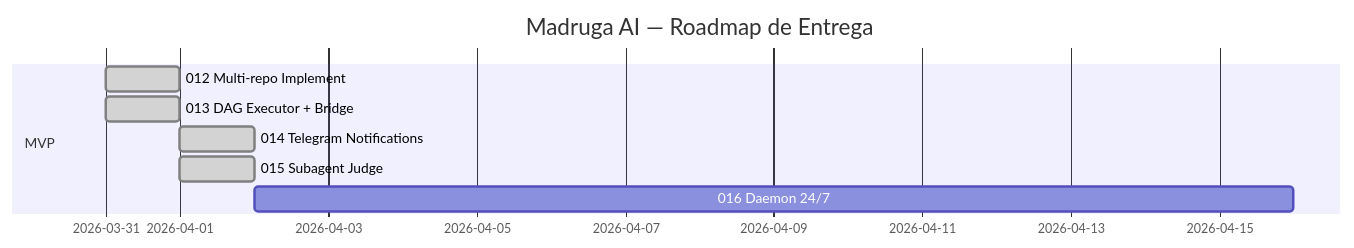
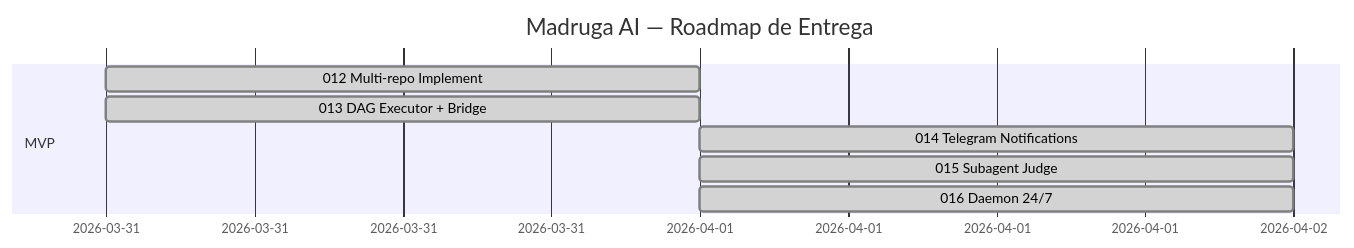
Before and after one commit to paceautomations/madruga.ai: the second of 3 diagrams in platforms/madruga-ai/planning/roadmap.md, drawn with Mermaid. The commit also changed other lines of this file and 47 other files, not shown here.

````diff
--- a/platforms/madruga-ai/planning/roadmap.md
+++ b/platforms/madruga-ai/planning/roadmap.md
@@ -67,11 +69,11 @@
 ```mermaid
 gantt
     title Madruga AI — Roadmap de Entrega
     dateFormat YYYY-MM-DD
     section MVP
     012 Multi-repo Implement     :done, e012, 2026-03-31, 1d
     013 DAG Executor + Bridge    :done, e013, 2026-03-31, 1d
     014 Telegram Notifications   :done, e014, 2026-04-01, 1d
     015 Subagent Judge           :done, e015, 2026-04-01, 1d
-    016 Daemon 24/7              :e016, after e014, 2w
+    016 Daemon 24/7              :done, e016, 2026-04-01, 1d
 ```
````
